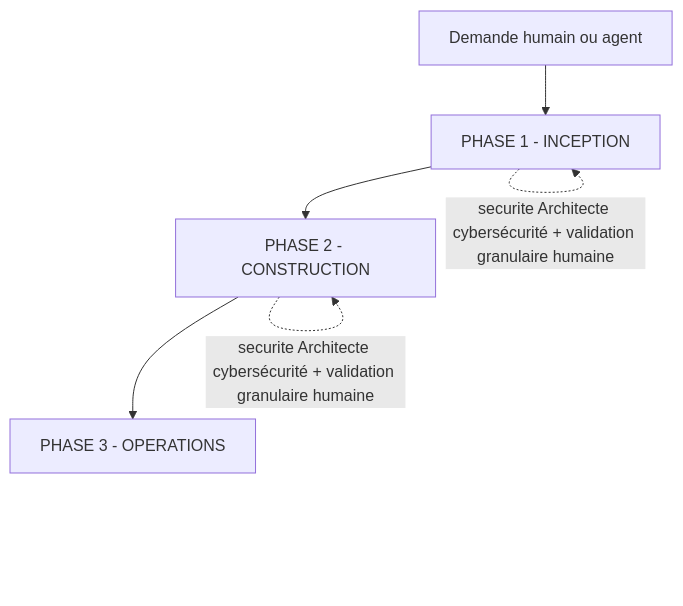
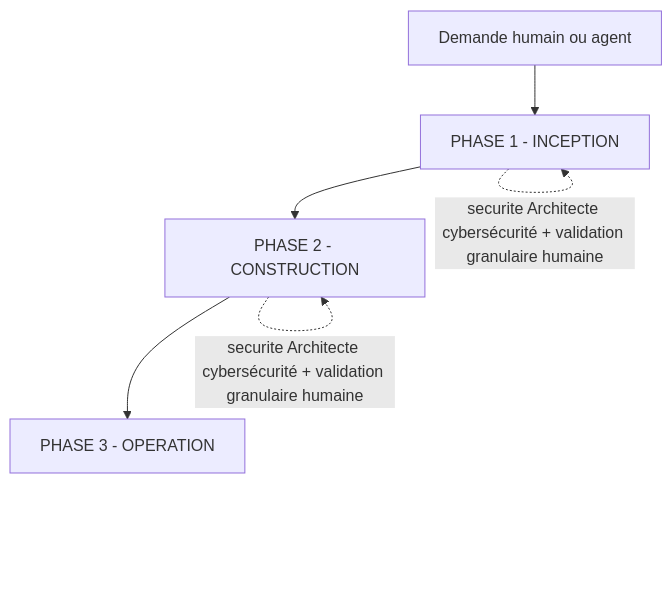
Before and after one commit to Gsyltc/homelab-portfolio: the first of 2 diagrams in docs/core-workflow.md, drawn with Mermaid. The commit also changed other lines of this file and 2 other files, not shown here.

First line of the commit message:
docs(workflow): ADR de cadrage AI-DLC 2.0 (ALI-185) + Operations->Operation

````diff
--- a/docs/core-workflow.md
+++ b/docs/core-workflow.md
@@ -121,8 +121,8 @@
 ```mermaid
 flowchart TD
     A[Demande humain ou agent] --> B[PHASE 1 - INCEPTION]
     B --> C[PHASE 2 - CONSTRUCTION]
-    C --> D[PHASE 3 - OPERATIONS]
+    C --> D[PHASE 3 - OPERATION]
     B -.->|securite Architecte cybersécurité + validation granulaire humaine| B
     C -.->|securite Architecte cybersécurité + validation granulaire humaine| C
 ```
````
